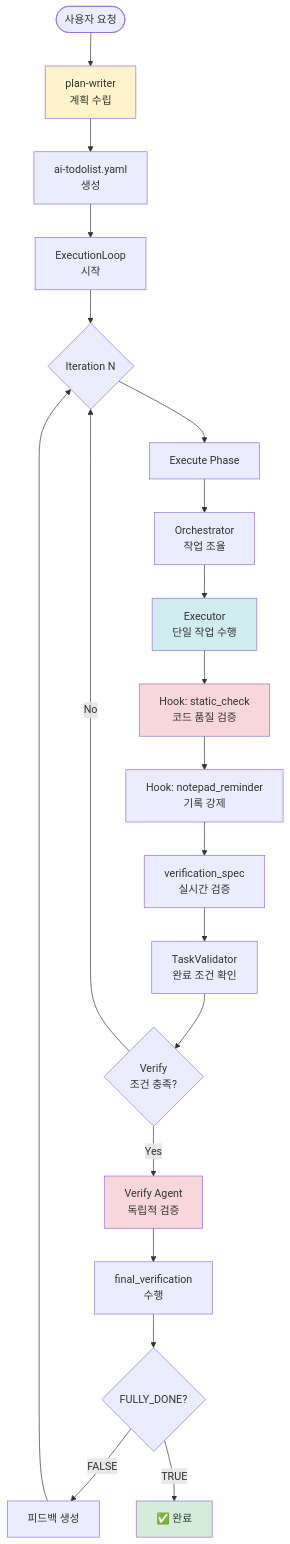
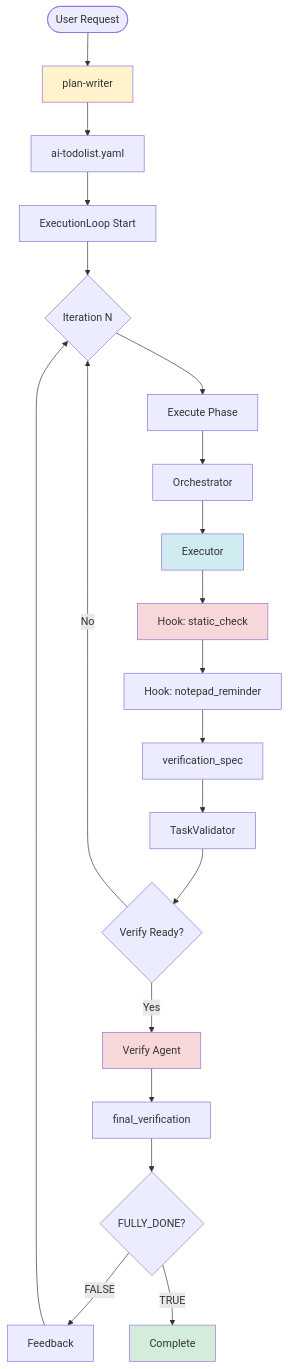
Diagram 18 of 21 in flow-draft.md (code-yeongyu/sisyphus-private), drawn with Mermaid before and after one commit. The commit also changed other lines of this file and 150 other files, not shown here.

````diff
--- a/flow-draft.md
+++ b/flow-draft.md
@@ -1264,45 +2548,45 @@
 ```mermaid
 graph TB
-    Start([사용자 요청]) --> PW[plan-writer<br/>계획 수립]
+    Start([User Request]) --> PW[plan-writer]
 
-    PW --> YAML[ai-todolist.yaml<br/>생성]
+    PW --> YAML[ai-todolist.yaml]
 
-    YAML --> Loop[ExecutionLoop<br/>시작]
+    YAML --> Loop[ExecutionLoop Start]
 
     Loop --> Iter{Iteration N}
 
     Iter --> Exec[Execute Phase]
 
-    Exec --> Orch[Orchestrator<br/>작업 조율]
+    Exec --> Orch[Orchestrator]
 
-    Orch --> Exe[Executor<br/>단일 작업 수행]
+    Orch --> Exe[Executor]
 
-    Exe --> Hook1[Hook: static_check<br/>코드 품질 검증]
+    Exe --> Hook1[Hook: static_check]
 
-    Hook1 --> Hook2[Hook: notepad_reminder<br/>기록 강제]
+    Hook1 --> Hook2[Hook: notepad_reminder]
 
-    Hook2 --> VSpec[verification_spec<br/>실시간 검증]
+    Hook2 --> VSpec[verification_spec]
 
-    VSpec --> TVCheck[TaskValidator<br/>완료 조건 확인]
+    VSpec --> TVCheck[TaskValidator]
 
-    TVCheck --> VerifyPhase{Verify<br/>조건 충족?}
+    TVCheck --> VerifyPhase{Verify Ready?}
 
     VerifyPhase -->|No| Iter
 
-    VerifyPhase -->|Yes| VA[Verify Agent<br/>독립적 검증]
+    VerifyPhase -->|Yes| VA[Verify Agent]
 
-    VA --> Final[final_verification<br/>수행]
+    VA --> Final[final_verification]
 
     Final --> Judge{FULLY_DONE?}
 
-    Judge -->|FALSE| FB[피드백 생성]
+    Judge -->|FALSE| FB[Feedback]
     FB --> Iter
 
-    Judge -->|TRUE| Done[✅ 완료]
+    Judge -->|TRUE| Done[Complete]
 
     style PW fill:#fff3cd
     style Exe fill:#d1ecf1
     style Hook1 fill:#f8d7da
     style VA fill:#f8d7da
     style Done fill:#d4edda
 ```
````
